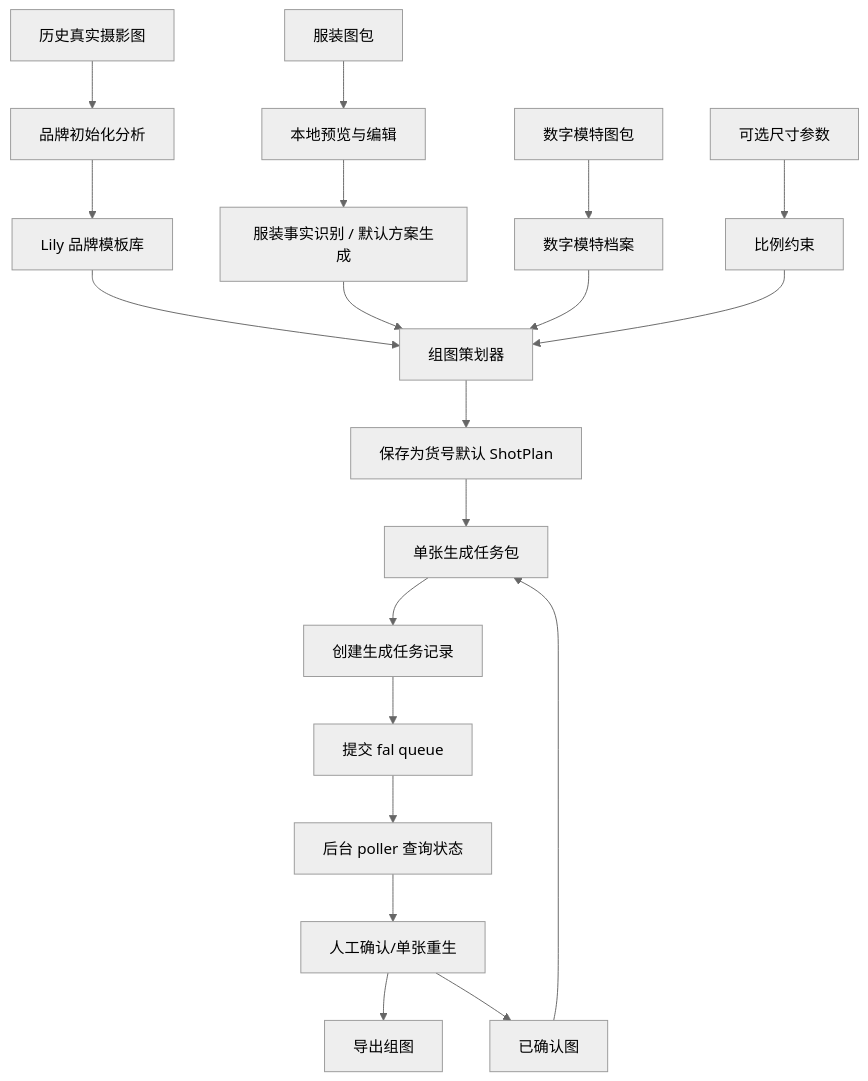
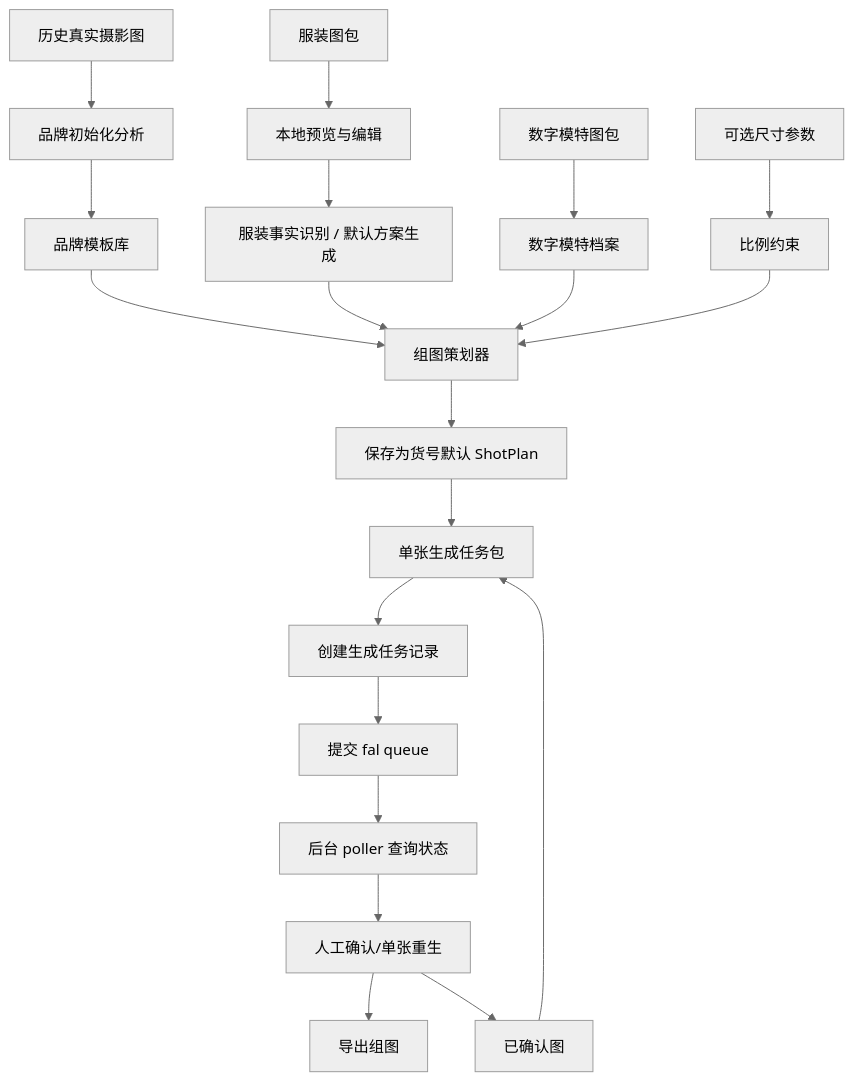
Before and after one commit to happyvchen/ruyi-dream: the diagram in design/04_implementation_guide/technical_route_and_operations.md, drawn with Mermaid (neutral theme). The commit also changed other lines of this file and 223 other files, not shown here.

````diff
--- a/design/04_implementation_guide/technical_route_and_operations.md
+++ b/design/04_implementation_guide/technical_route_and_operations.md
@@ -26,25 +26,25 @@
 ```mermaid
 flowchart TD
   A["历史真实摄影图"] --> B["品牌初始化分析"]
-  B --> C["Lily 品牌模板库"]
+  B --> C["品牌模板库"]
 
   D["服装图包"] --> D1["本地预览与编辑"]
   D1 --> E["服装事实识别 / 默认方案生成"]
   F["数字模特图包"] --> G["数字模特档案"]
   H["可选尺寸参数"] --> I["比例约束"]
 
   C --> J["组图策划器"]
   E --> J
   G --> J
   I --> J
 
   J --> J1["保存为货号默认 ShotPlan"]
   J1 --> K["单张生成任务包"]
   K --> L0["创建生成任务记录"]
   L0 --> L1["提交 fal queue"]
   L1 --> L2["后台 poller 查询状态"]
   L2 --> M["人工确认/单张重生"]
   M --> N["导出组图"]
   M --> O["已确认图"]
   O --> K
 ```
````
